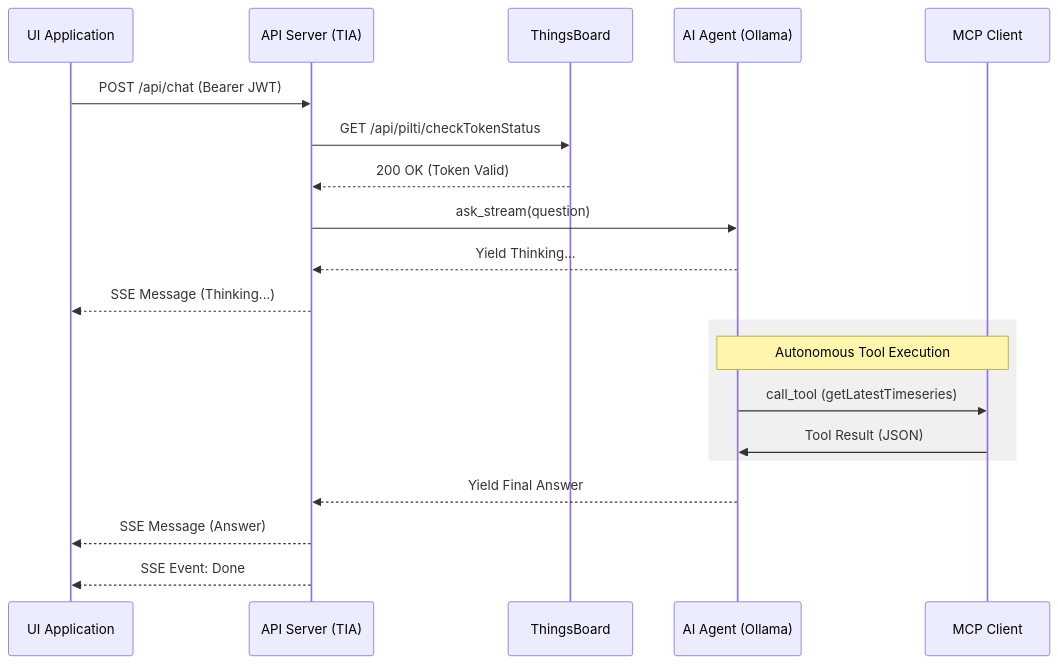
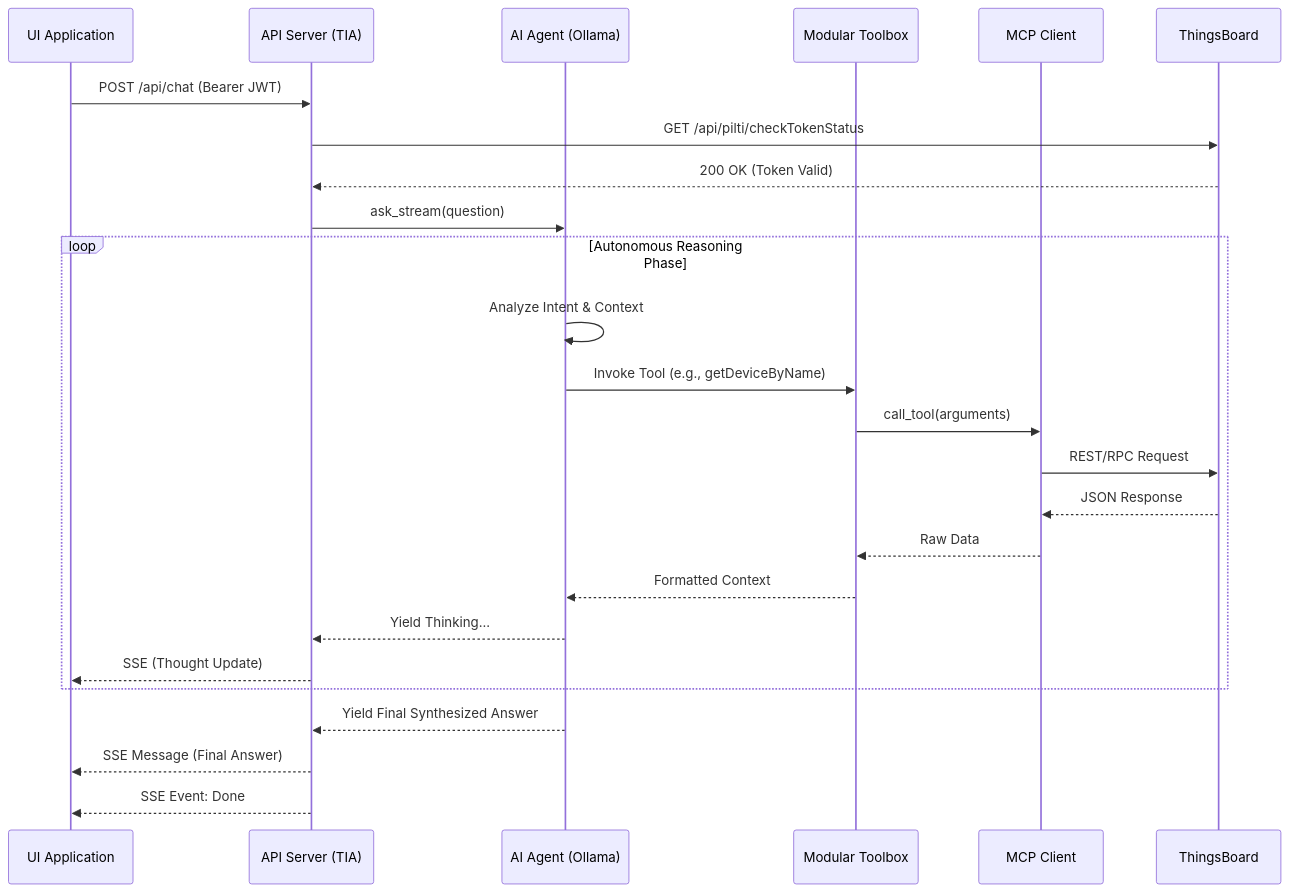
One commit to Poojashri0301/ollama-thingsboard-agent changed the second of 3 diagrams in README.md. Above: the diagram before and after it, drawn with Mermaid. The commit also changed other lines of this file and 6 other files, not shown here.

````diff
--- a/README.md
+++ b/README.md
@@ -62,26 +78,31 @@
 ```mermaid
 sequenceDiagram
     participant UI as UI Application
     participant API as API Server (TIA)
+    participant Agent as AI Agent (Ollama)
+    participant Tool as Modular Toolbox
+    participant MCP as MCP Client
     participant TB as ThingsBoard
-    participant Agent as AI Agent (Ollama)
-    participant MCP as MCP Client
     
     UI->>API: POST /api/chat (Bearer JWT)
     API->>TB: GET /api/pilti/checkTokenStatus
     TB-->>API: 200 OK (Token Valid)
     
     API->>Agent: ask_stream(question)
-    Agent-->>API: Yield Thinking...
-    API-->>UI: SSE Message (Thinking...)
     
-    rect rgb(240, 240, 240)
-        Note over Agent, MCP: Autonomous Tool Execution
-        Agent->>MCP: call_tool (getLatestTimeseries)
-        MCP->>Agent: Tool Result (JSON)
+    loop Autonomous Reasoning Phase
+        Agent->>Agent: Analyze Intent & Context
+        Agent->>Tool: Invoke Tool (e.g., getDeviceByName)
+        Tool->>MCP: call_tool(arguments)
+        MCP->>TB: REST/RPC Request
+        TB-->>MCP: JSON Response
+        MCP-->>Tool: Raw Data
+        Tool-->>Agent: Formatted Context
+        Agent-->>API: Yield Thinking...
+        API-->>UI: SSE (Thought Update)
     end
     
-    Agent-->>API: Yield Final Answer
-    API-->>UI: SSE Message (Answer)
+    Agent-->>API: Yield Final Synthesized Answer
+    API-->>UI: SSE Message (Final Answer)
     API-->>UI: SSE Event: Done
 ```
````
